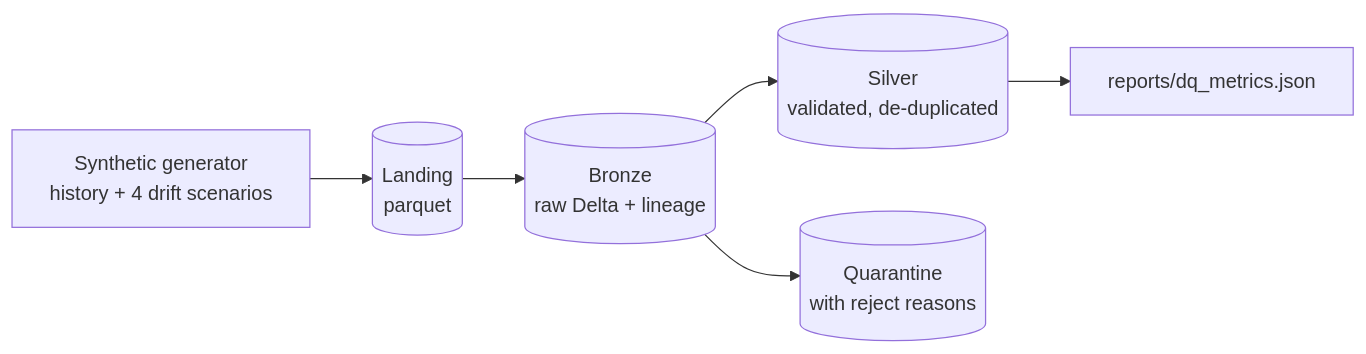
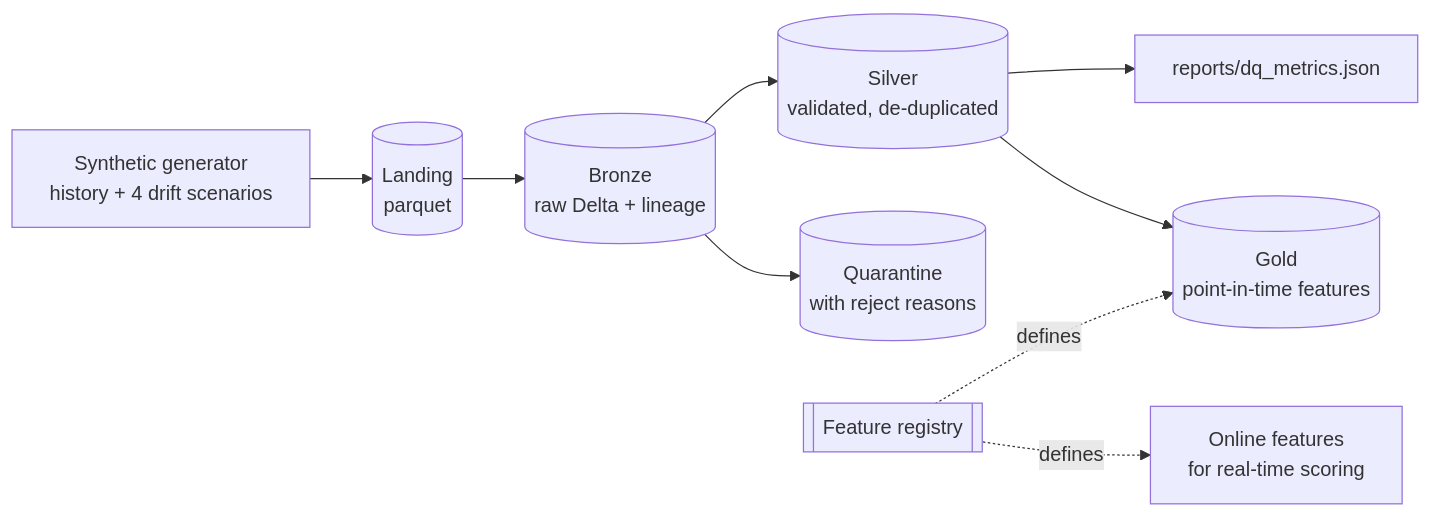
The diagram in README.md (hsabaghpour/realtime-card-fraud-detection), drawn with Mermaid before and after one commit. The commit also changed other lines of this file and 14 other files, not shown here.

First line of the commit message:
Phase 2: point-in-time features, feature registry, online/offline parity

````diff
--- a/README.md
+++ b/README.md
@@ -47,8 +48,11 @@
 ```mermaid
 flowchart LR
     G[Synthetic generator<br/>history + 4 drift scenarios] --> L[(Landing<br/>parquet)]
     L --> B[(Bronze<br/>raw Delta + lineage)]
     B --> S[(Silver<br/>validated, de-duplicated)]
     B --> Q[(Quarantine<br/>with reject reasons)]
     S --> DQ[reports/dq_metrics.json]
+    S --> GF[(Gold<br/>point-in-time features)]
+    R[[Feature registry]] -.defines.-> GF
+    R -.defines.-> OF[Online features<br/>for real-time scoring]
 ```
````
